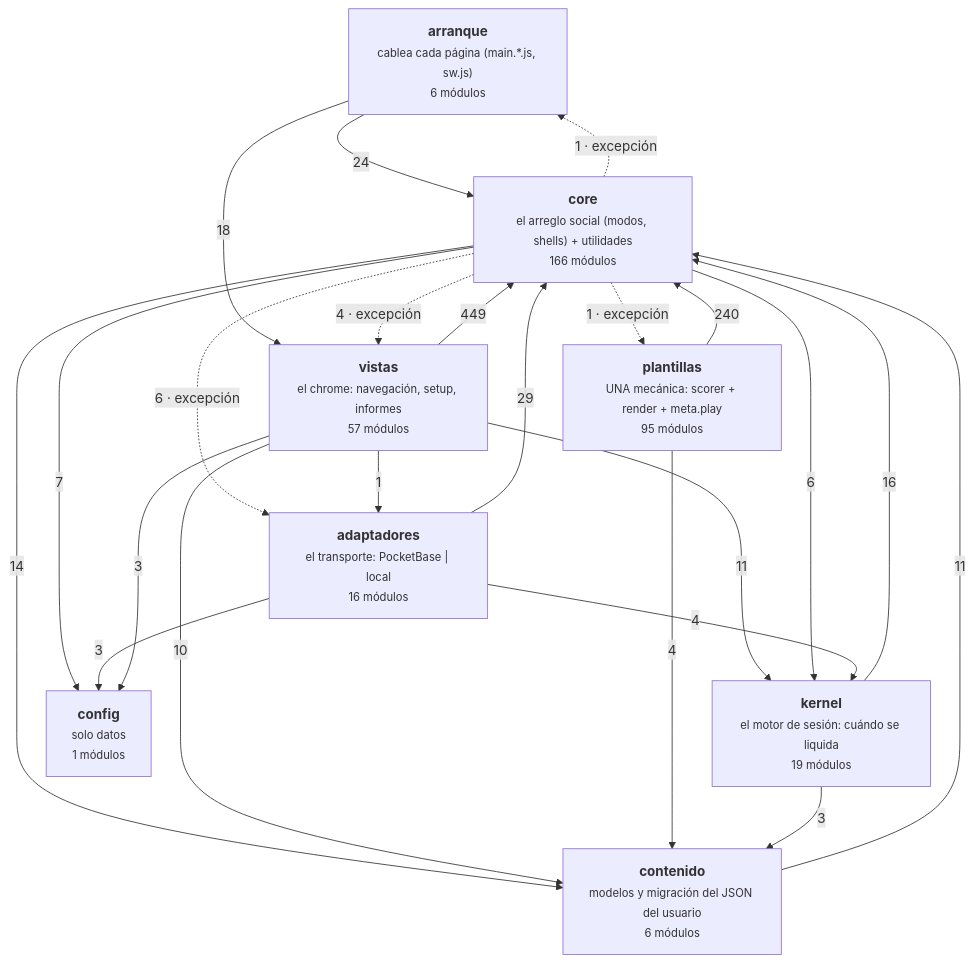
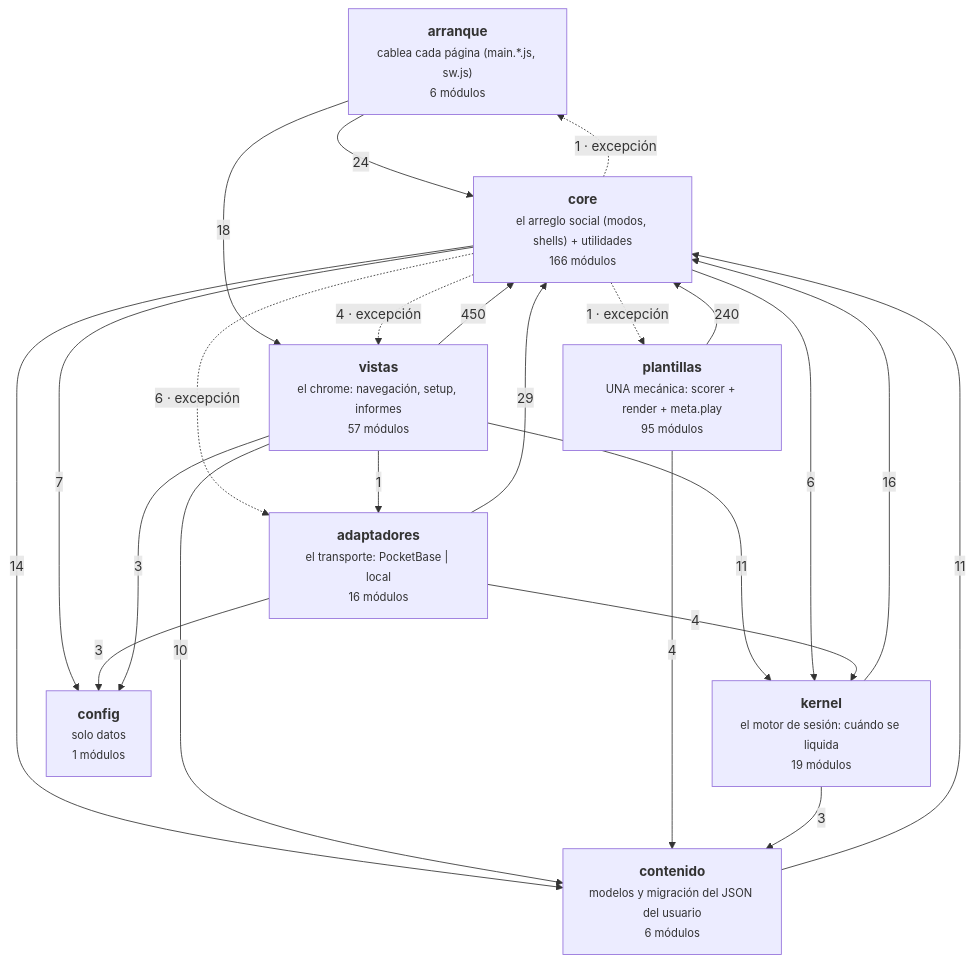
Before and after one commit to duecaz/ac: the diagram in docs/arquitectura-modulos.md, drawn with Mermaid. The commit also changed other lines of this file and 15 other files, not shown here.

````diff
--- a/docs/arquitectura-modulos.md
+++ b/docs/arquitectura-modulos.md
@@ -56,33 +56,33 @@
 ```mermaid
 graph TD
   A["<b>arranque</b><br/><small>cablea cada página (main.*.js, sw.js)</small><br/><small>6 módulos</small>"]
   V["<b>vistas</b><br/><small>el chrome: navegación, setup, informes</small><br/><small>57 módulos</small>"]
   AD["<b>adaptadores</b><br/><small>el transporte: PocketBase | local</small><br/><small>16 módulos</small>"]
   C["<b>core</b><br/><small>el arreglo social (modos, shells) + utilidades</small><br/><small>166 módulos</small>"]
   K["<b>kernel</b><br/><small>el motor de sesión: cuándo se liquida</small><br/><small>19 módulos</small>"]
   T["<b>plantillas</b><br/><small>UNA mecánica: scorer + render + meta.play</small><br/><small>95 módulos</small>"]
   CO["<b>contenido</b><br/><small>modelos y migración del JSON del usuario</small><br/><small>6 módulos</small>"]
   CF["<b>config</b><br/><small>solo datos</small><br/><small>1 módulos</small>"]
-  V -->|449| C
+  V -->|450| C
   T -->|240| C
   AD -->|29| C
   A -->|24| C
   A -->|18| V
   K -->|16| C
   C -->|14| CO
   CO -->|11| C
   V -->|11| K
   V -->|10| CO
   C -->|7| CF
   C -->|6| K
   C -.->|6 · excepción| AD
   AD -->|4| K
   C -.->|4 · excepción| V
   T -->|4| CO
   AD -->|3| CF
   K -->|3| CO
   V -->|3| CF
   C -.->|1 · excepción| T
   C -.->|1 · excepción| A
   V -->|1| AD
 ```
````
